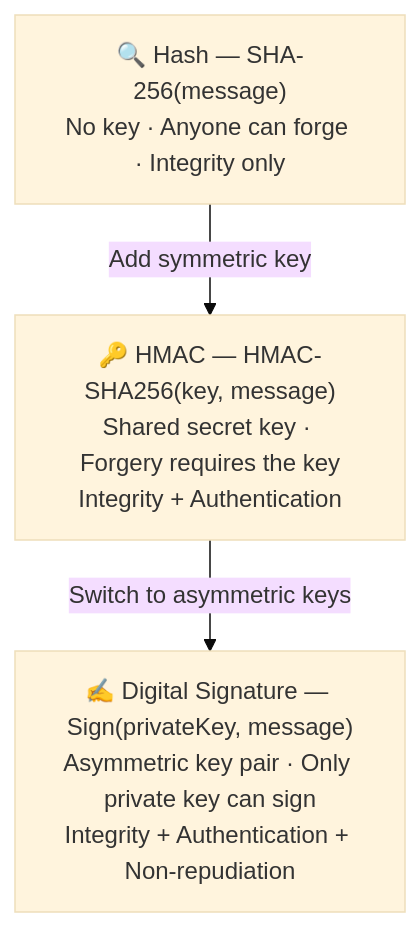
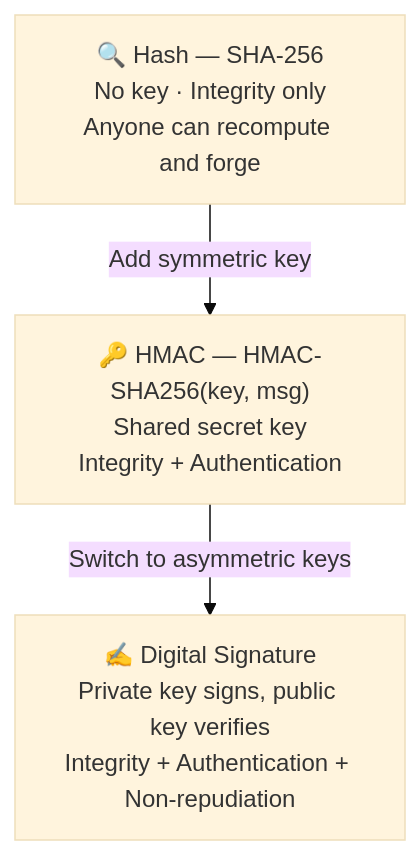
The tenth of 19 diagrams in README.md (csoares/SecurityJava), drawn with Mermaid (base theme) before and after one commit. The commit also changed other lines of this file and 10 other files, not shown here.

Commit message:
Refine README diagrams and descriptions for clarity and accuracy

````diff
--- a/README.md
+++ b/README.md
@@ -301,8 +301,8 @@
 ```mermaid
 flowchart TD
-    H["🔍 Hash — SHA-256(message)<br/>No key · Anyone can forge · Integrity only"]
-    HM["🔑 HMAC — HMAC-SHA256(key, message)<br/>Shared secret key · Forgery requires the key<br/>Integrity + Authentication"]
-    DS["✍️ Digital Signature — Sign(privateKey, message)<br/>Asymmetric key pair · Only private key can sign<br/>Integrity + Authentication + Non-repudiation"]
+    H["🔍 Hash — SHA-256<br/>No key · Integrity only<br/>Anyone can recompute and forge"]
+    HM["🔑 HMAC — HMAC-SHA256(key, msg)<br/>Shared secret key<br/>Integrity + Authentication"]
+    DS["✍️ Digital Signature<br/>Private key signs, public key verifies<br/>Integrity + Authentication + Non-repudiation"]
     H -->|"Add symmetric key"| HM
     HM -->|"Switch to asymmetric keys"| DS
 ```
````
